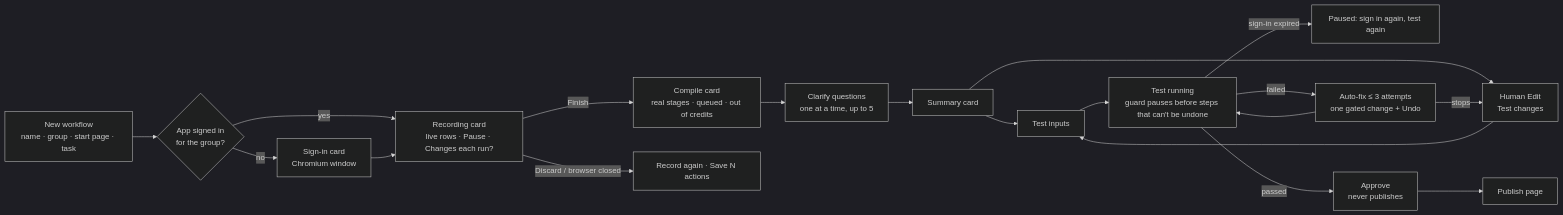
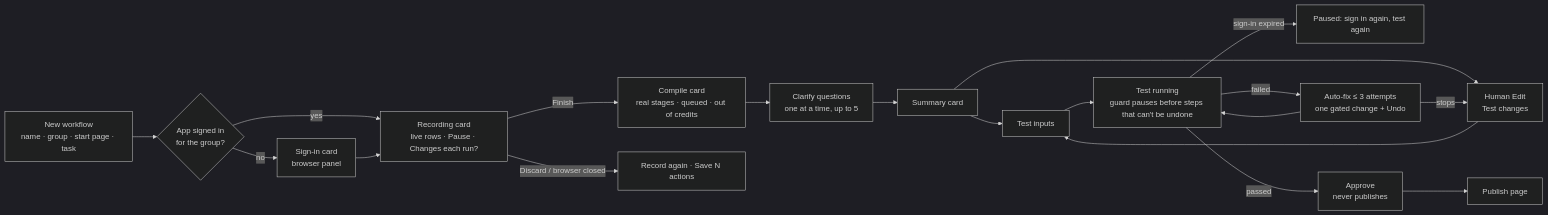
Before and after one commit to cannonboldoff-hue/CONXA: the fourth of 23 diagrams in docs/App-Flow.md, drawn with Mermaid (dark theme). The commit also changed other lines of this file and 9 other files, not shown here.

````diff
--- a/docs/App-Flow.md
+++ b/docs/App-Flow.md
@@ -122,21 +122,21 @@
 ```mermaid
 flowchart LR
     N[New workflow<br/>name · group · start page · task] --> S{App signed in<br/>for the group?}
-    S -- no --> SI[Sign-in card<br/>Chromium window]
+    S -- no --> SI[Sign-in card<br/>browser panel]
     S -- yes --> R
     SI --> R[Recording card<br/>live rows · Pause · Changes each run?]
     R -- Finish --> C[Compile card<br/>real stages · queued · out of credits]
     R -- Discard / browser closed --> R2[Record again · Save N actions]
     C --> Q[Clarify questions<br/>one at a time, up to 5]
     Q --> SUM[Summary card]
     SUM --> T[Test inputs]
     SUM --> E[Human Edit<br/>Test changes]
     E --> T
     T --> TR[Test running<br/>guard pauses before steps that can't be undone]
     TR -- sign-in expired --> SX[Paused: sign in again, test again]
     TR -- failed --> AF[Auto-fix ≤ 3 attempts<br/>one gated change + Undo]
     AF --> TR
     AF -- stops --> E
     TR -- passed --> A[Approve<br/>never publishes]
     A --> P[Publish page]
 ```
````
